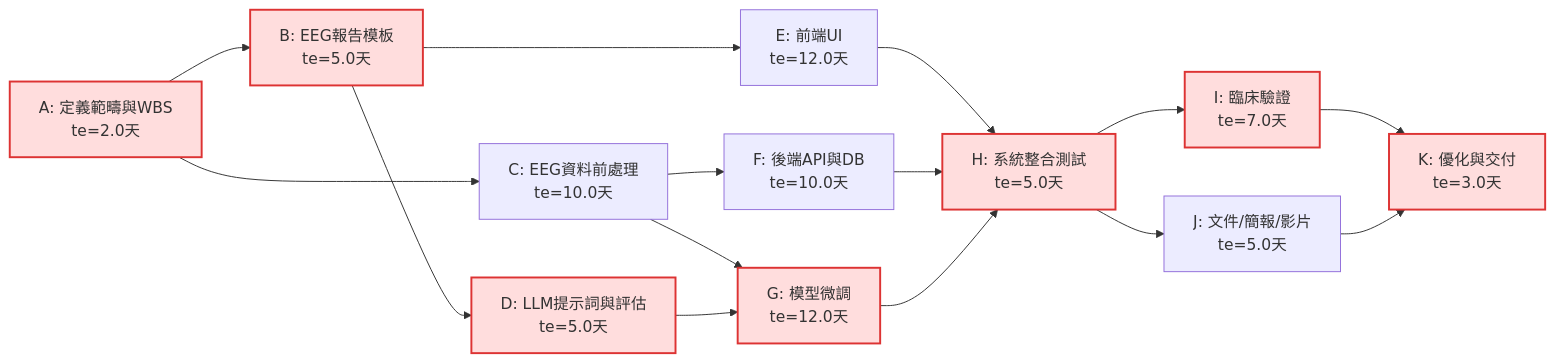
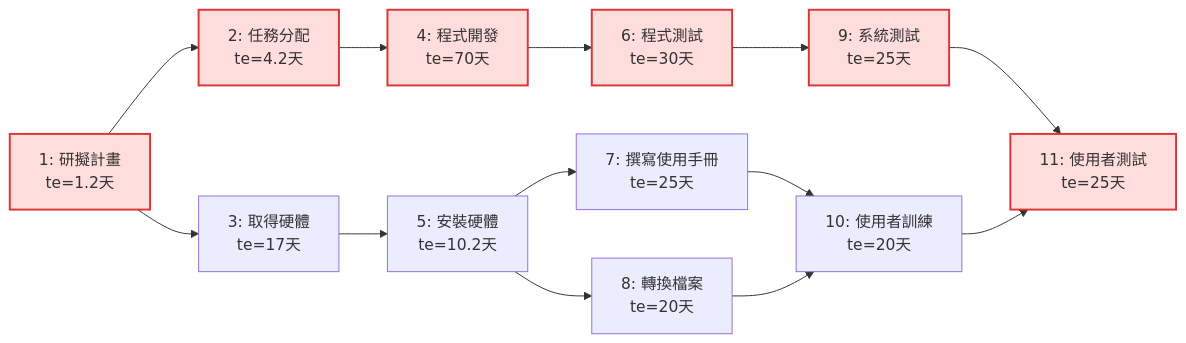
The first of 2 diagrams in hw2.md (chuchu219/114-1a), drawn with Mermaid before and after one commit. The commit also changed other lines of this file, not shown here.

````diff
--- a/hw2.md
+++ b/hw2.md
@@ -32,32 +21,30 @@
 ```mermaid
 graph LR
-  A[A: 定義範疇與WBS\nte=2.0天]
-  B[B: EEG報告模板\nte=5.0天]
-  C[C: EEG資料前處理\nte=10.0天]
-  D[D: LLM提示詞與評估\nte=5.0天]
-  E[E: 前端UI\nte=12.0天]
-  F[F: 後端API與DB\nte=10.0天]
-  G[G: 模型微調\nte=12.0天]
-  H[H: 系統整合測試\nte=5.0天]
-  I[I: 臨床驗證\nte=7.0天]
-  J[J: 文件/簡報/影片\nte=5.0天]
-  K[K: 優化與交付\nte=3.0天]
+  A1[1: 研擬計畫<br/>te=1.2天]
+  A2[2: 任務分配<br/>te=4.2天]
+  A3[3: 取得硬體<br/>te=17天]
+  A4[4: 程式開發<br/>te=70天]
+  A5[5: 安裝硬體<br/>te=10.2天]
+  A6[6: 程式測試<br/>te=30天]
+  A7[7: 撰寫使用手冊<br/>te=25天]
+  A8[8: 轉換檔案<br/>te=20天]
+  A9[9: 系統測試<br/>te=25天]
+  A10[10: 使用者訓練<br/>te=20天]
+  A11[11: 使用者測試<br/>te=25天]
 
-  A --> B
-  A --> C
-  B --> D
-  B --> E
-  C --> F
-  C --> G
-  D --> G
-  E --> H
-  F --> H
-  G --> H
-  H --> I
-  H --> J
-  I --> K
-  J --> K
+  A1 --> A2
+  A1 --> A3
+  A2 --> A4
+  A3 --> A5
+  A4 --> A6
+  A5 --> A7
+  A5 --> A8
+  A6 --> A9
+  A7 --> A10
+  A8 --> A10
+  A9 --> A11
+  A10 --> A11
 
   classDef crit fill:#ffdddd,stroke:#d33,stroke-width:2px;
-  class A,B,D,G,H,I,K crit;
-``` 
+  class A1,A2,A4,A6,A9,A11 crit;
+```
````
